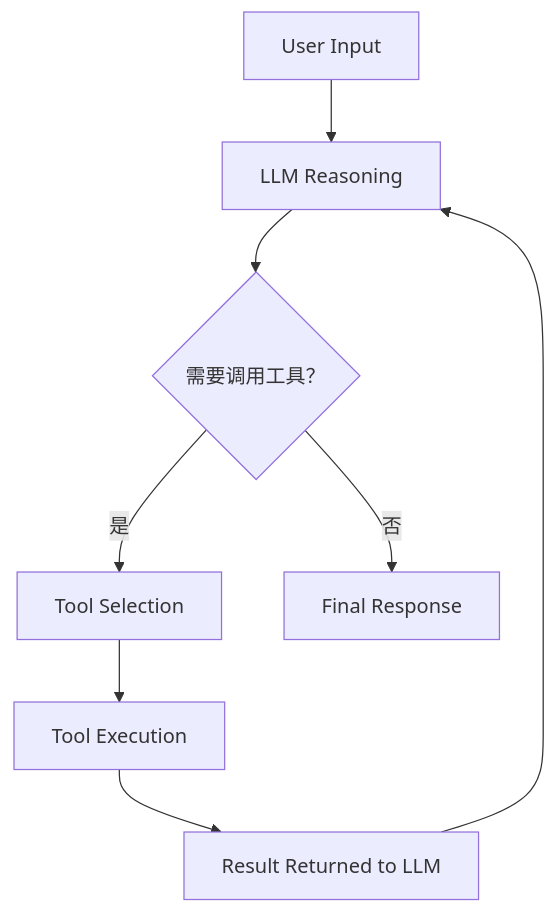
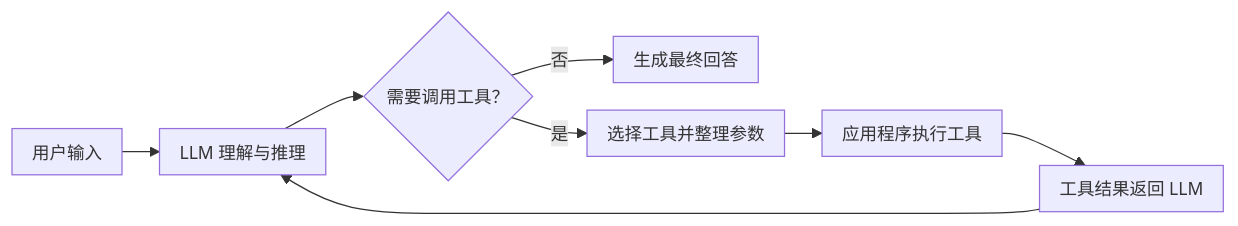
One commit to lijihao-0804/interview-forge changed diagram 20 of 29 in books/agent面经/《Agent 面经》.md. Above: the diagram before and after it, drawn with Mermaid. The commit also changed 4 other files, not shown here.

Commit message:
fix: compact Tool Calling flowchart layout

````diff
--- a/books/agent面经/《Agent 面经》.md
+++ b/books/agent面经/《Agent 面经》.md
@@ -3733,10 +3733,11 @@
 ```mermaid
-flowchart TD
-    input[User Input] --> reasoning[LLM Reasoning]
+%%{init: {"themeVariables": {"fontSize": "14px"}, "flowchart": {"useMaxWidth": false, "nodeSpacing": 22, "rankSpacing": 30, "padding": 8}}}%%
+flowchart LR
+    input[用户输入] --> reasoning[LLM 理解与推理]
     reasoning --> needTool{需要调用工具？}
-    needTool -->|是| selection[Tool Selection]
-    selection --> execution[Tool Execution]
-    execution --> result[Result Returned to LLM]
+    needTool -->|否| response[生成最终回答]
+    needTool -->|是| selection[选择工具并整理参数]
+    selection --> execution[应用程序执行工具]
+    execution --> result[工具结果返回 LLM]
     result --> reasoning
-    needTool -->|否| response[Final Response]
 ```
````
